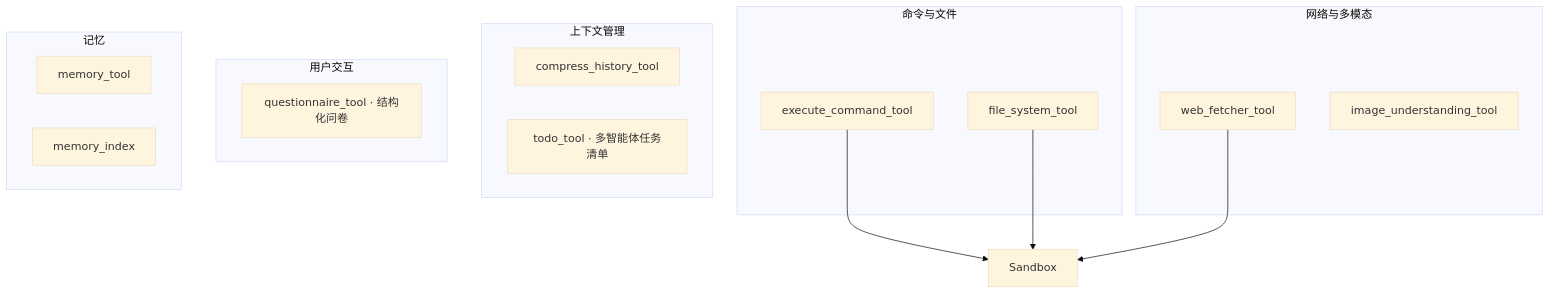
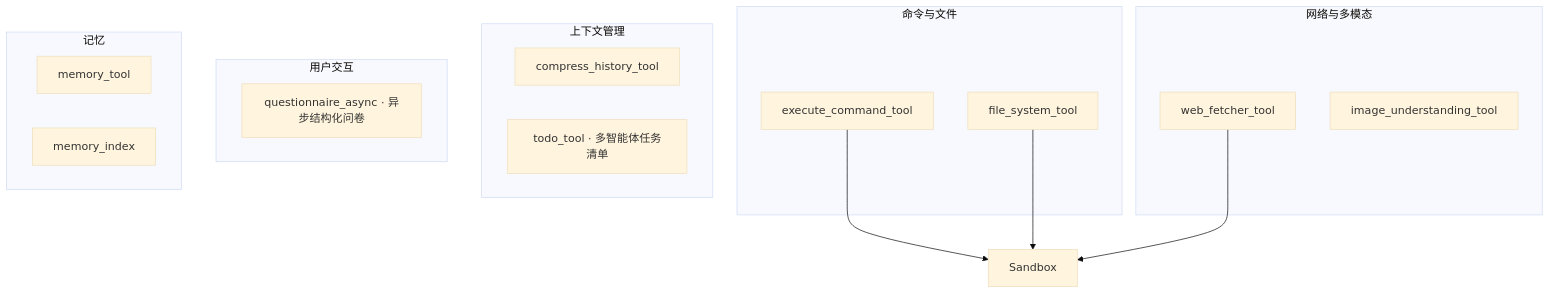
The fifth of 11 diagrams in docs/zh/architecture/ARCHITECTURE_SAGENTS_TOOL_SKILL.md (ZHangZHengEric/Sage), drawn with Mermaid (base theme) before and after one commit. The commit also changed 253 other files, not shown here.

````diff
--- a/docs/zh/architecture/ARCHITECTURE_SAGENTS_TOOL_SKILL.md
+++ b/docs/zh/architecture/ARCHITECTURE_SAGENTS_TOOL_SKILL.md
@@ -89,26 +89,26 @@
 ```mermaid
 flowchart TB
     subgraph 命令与文件
         Cmd[execute_command_tool]
         FS[file_system_tool]
     end
     subgraph 网络与多模态
         Web[web_fetcher_tool]
         Img[image_understanding_tool]
     end
     subgraph 上下文管理
         Compress[compress_history_tool]
         TodoT[todo_tool · 多智能体任务清单]
     end
     subgraph 用户交互
-        Quest[questionnaire_tool · 结构化问卷]
+        Quest[questionnaire_async · 异步结构化问卷]
     end
     subgraph 记忆
         Mem[memory_tool]
         MIdx[memory_index]
     end
 
     Cmd --> Sandbox
     FS --> Sandbox
     Web --> Sandbox
 ```
````
